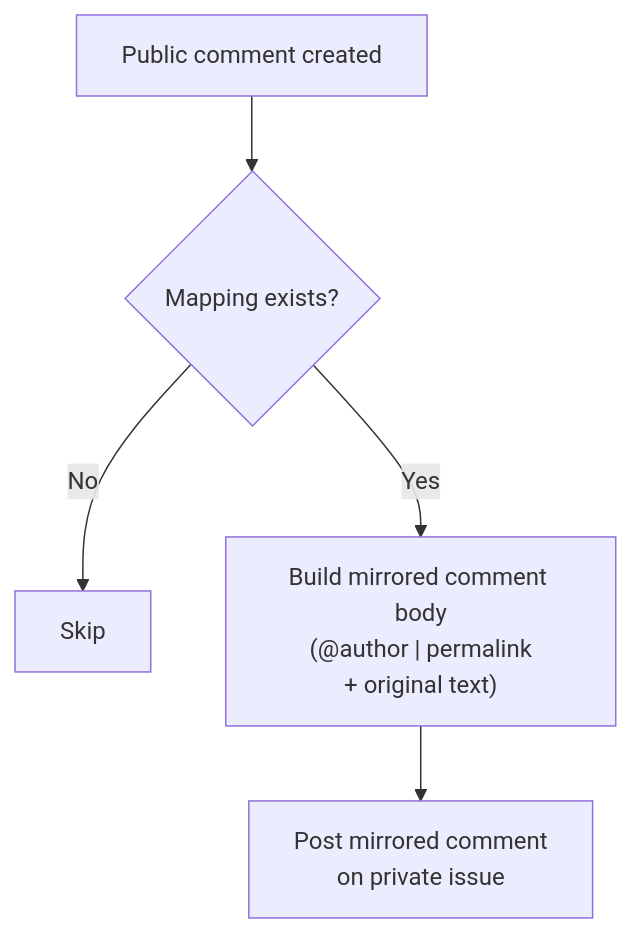
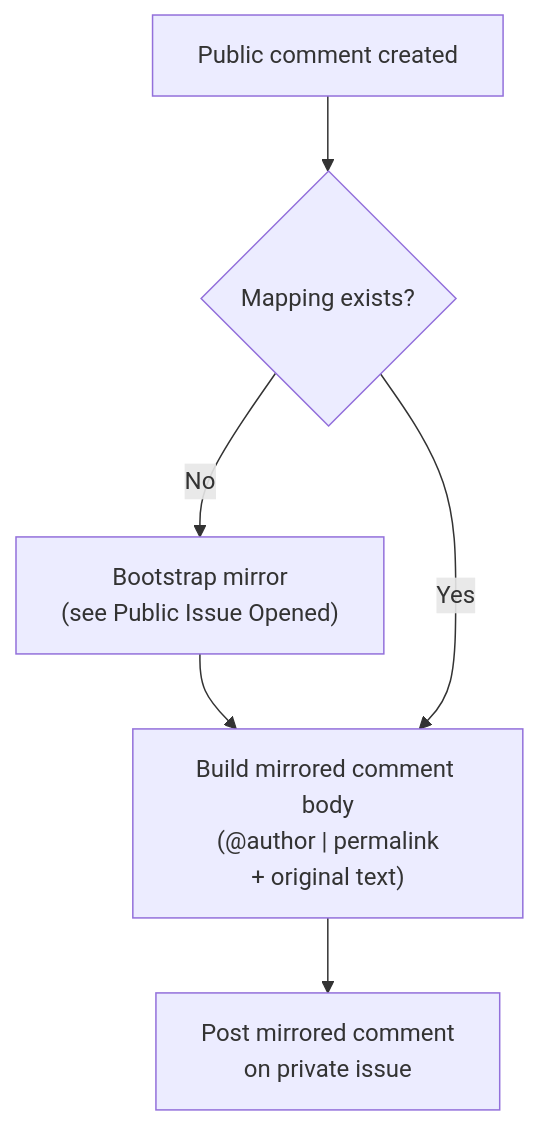
The sixth of 16 diagrams in FLOWS.md (Magma-Maths/lyrebird), drawn with Mermaid before and after one commit. The commit also changed other lines of this file, not shown here.

First line of the commit message:
docs(flows): match the public-event diagrams to the real call graph

````diff
--- a/FLOWS.md
+++ b/FLOWS.md
@@ -84,7 +86,8 @@
 ```mermaid
 flowchart TD
     A["Public comment created"] --> B{"Mapping exists?"}
-    B -- No --> Z["Skip"]
+    B -- No --> BA["Bootstrap mirror<br/>(see Public Issue Opened)"]
+    BA --> C
     B -- Yes --> C["Build mirrored comment body<br/>(@author | permalink<br/>+ original text)"]
     C --> D["Post mirrored comment<br/>on private issue"]
 ```
````
